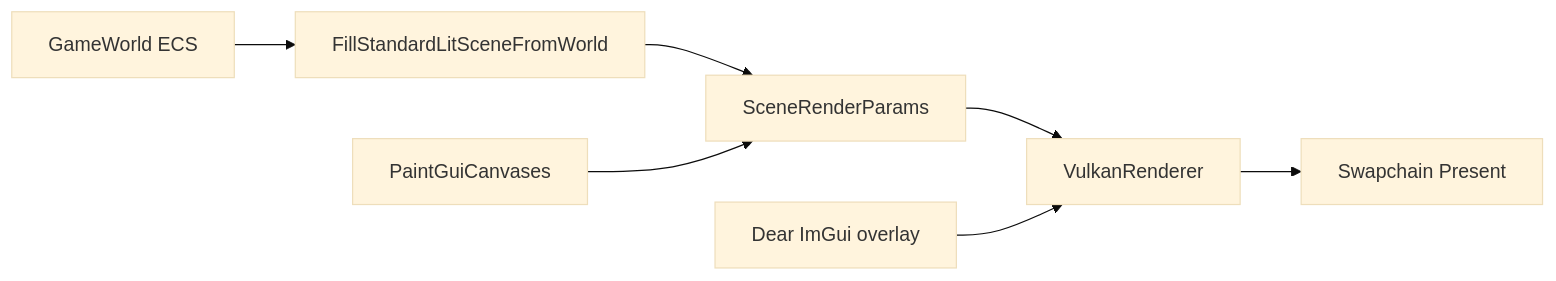
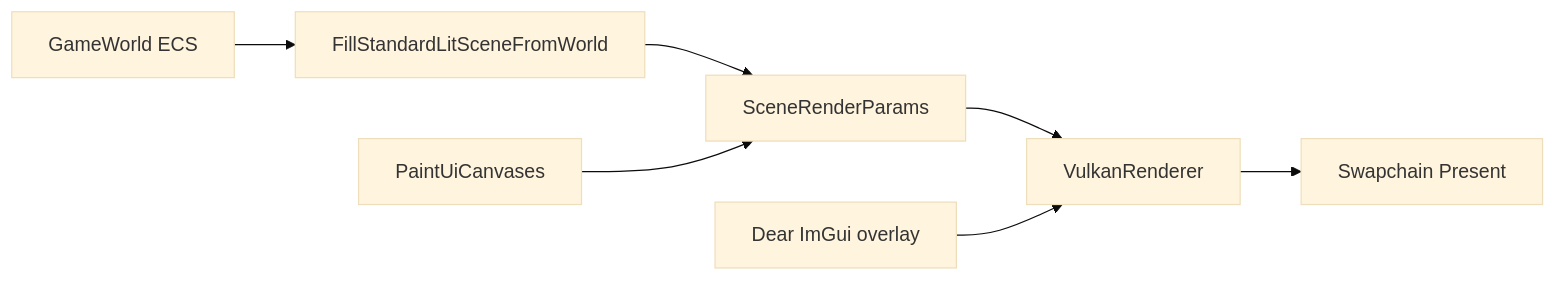
One commit to hoihky/spark changed the diagram in docs/programming-guide/1-overview-architecture/02-engine-capabilities.md. Above: the diagram before and after it, drawn with Mermaid (base theme). The commit also changed other lines of this file and 263 other files, not shown here.

````diff
--- a/docs/programming-guide/1-overview-architecture/02-engine-capabilities.md
+++ b/docs/programming-guide/1-overview-architecture/02-engine-capabilities.md
@@ -5,9 +5,9 @@
 ```mermaid
 flowchart LR
     ECS[GameWorld ECS] --> Fill[FillStandardLitSceneFromWorld]
     Fill --> SRP[SceneRenderParams]
-    GUI[PaintGuiCanvases] --> SRP
+    GUI[PaintUiCanvases] --> SRP
     SRP --> VK[VulkanRenderer]
     IMGUI[Dear ImGui overlay] --> VK
     VK --> Present[Swapchain Present]
 ```
````
